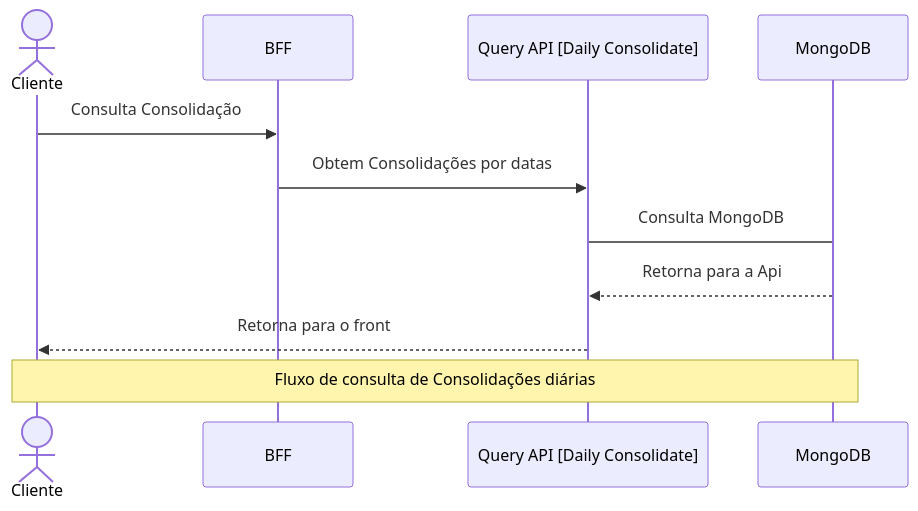
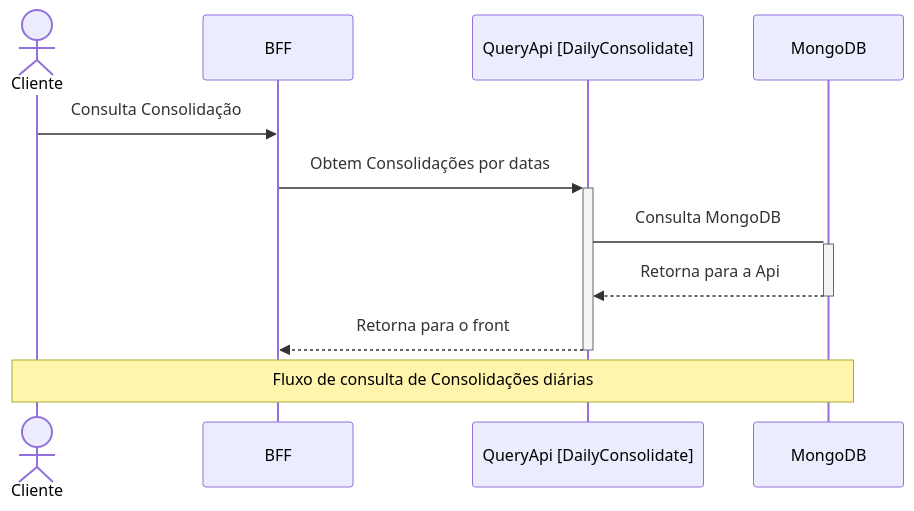
Before and after one commit to thiagocbcunha/arch-solution: the third of 4 diagrams in README.md, drawn with Mermaid. The commit also changed other lines of this file, not shown here.

````diff
--- a/README.md
+++ b/README.md
@@ -298,15 +300,15 @@
 ```mermaid
 sequenceDiagram
     actor Cliente
     participant BFF
-    participant Query API [Daily Consolidate]
+    participant QueryApi [DailyConsolidate]
     participant MongoDB
 
     Cliente->>BFF: Consulta Consolidação
-    BFF->>Query API [Daily Consolidate]: Obtem Consolidações por datas
-    Query API [Daily Consolidate]->MongoDB: Consulta MongoDB
-    MongoDB-->>Query API [Daily Consolidate]: Retorna para a Api
-    Query API [Daily Consolidate]-->>Cliente: Retorna para o front
+    BFF->>+QueryApi [DailyConsolidate]: Obtem Consolidações por datas
+    QueryApi [DailyConsolidate]->+MongoDB: Consulta MongoDB
+    MongoDB-->>-QueryApi [DailyConsolidate]: Retorna para a Api
+    QueryApi [DailyConsolidate]-->>-BFF: Retorna para o front
 
     Note over Cliente, MongoDB: Fluxo de consulta de Consolidações diárias
 ```
````
